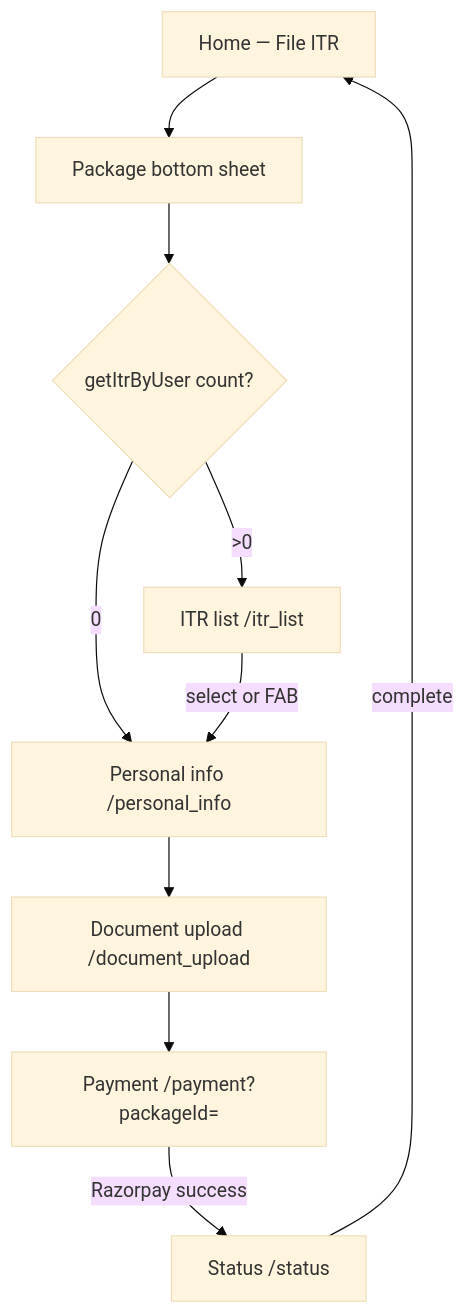
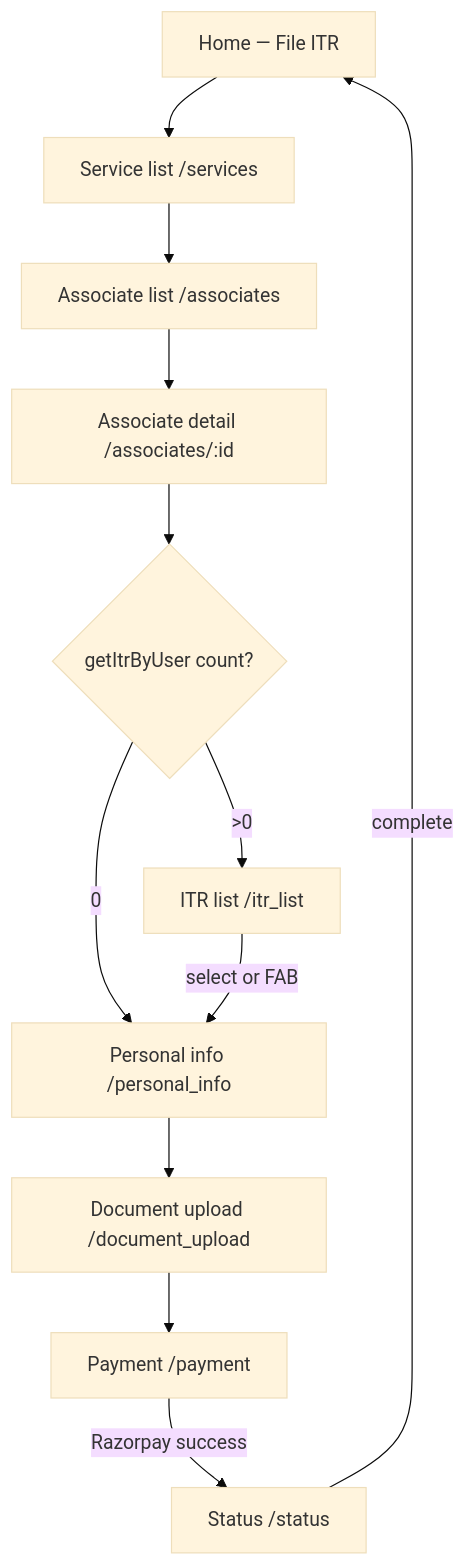
The second of 6 diagrams in docs/WORKFLOWS.md (himanshuyadav146/itr-platform), drawn with Mermaid (base theme) before and after one commit. The commit also changed other lines of this file and 68 other files, not shown here.

````diff
--- a/docs/WORKFLOWS.md
+++ b/docs/WORKFLOWS.md
@@ -31,12 +31,14 @@
 ```mermaid
 flowchart TD
-  H[Home — File ITR] --> P[Package bottom sheet]
-  P --> G{getItrByUser count?}
+  H[Home — File ITR] --> S[Service list /services]
+  S --> L[Associate list /associates]
+  L --> D[Associate detail /associates/:id]
+  D --> G{getItrByUser count?}
   G -->|0| PI[Personal info /personal_info]
   G -->|>0| IL[ITR list /itr_list]
   IL -->|select or FAB| PI
   PI --> DU[Document upload /document_upload]
-  DU --> PAY[Payment /payment?packageId=]
+  DU --> PAY[Payment /payment]
   PAY -->|Razorpay success| ST[Status /status]
   ST -->|complete| H
 ```
````
